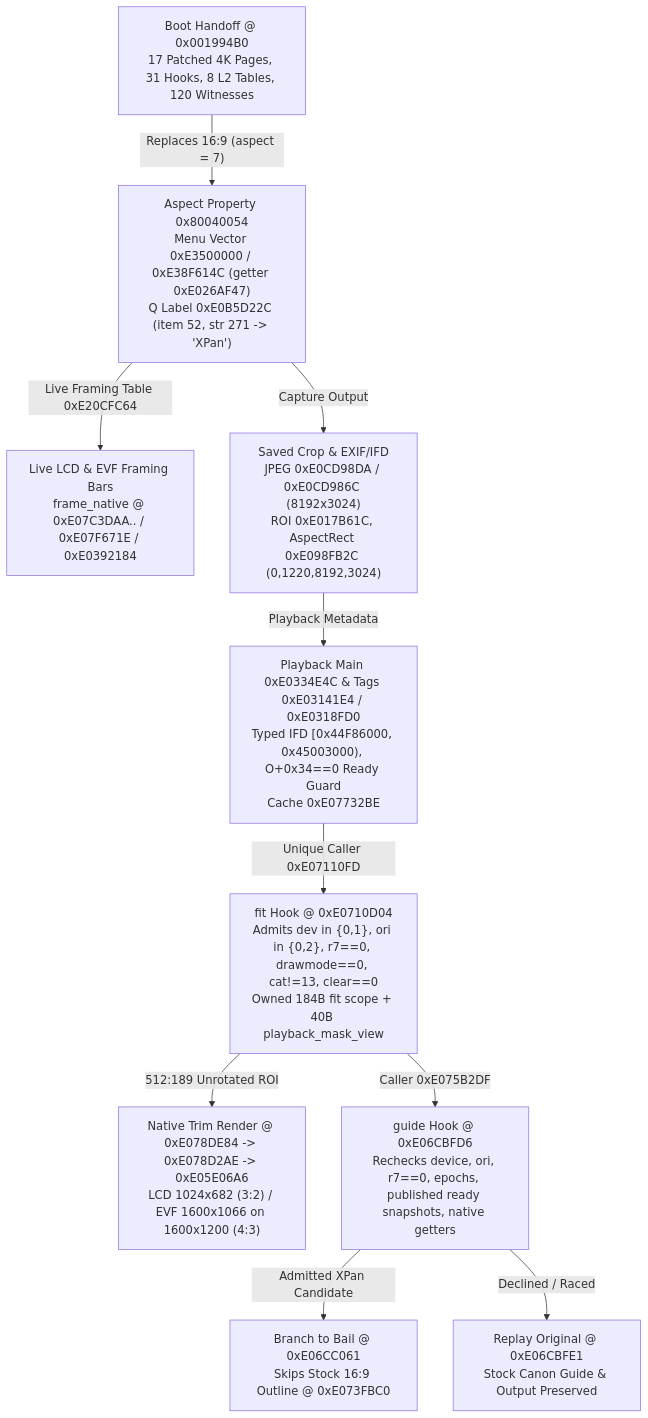
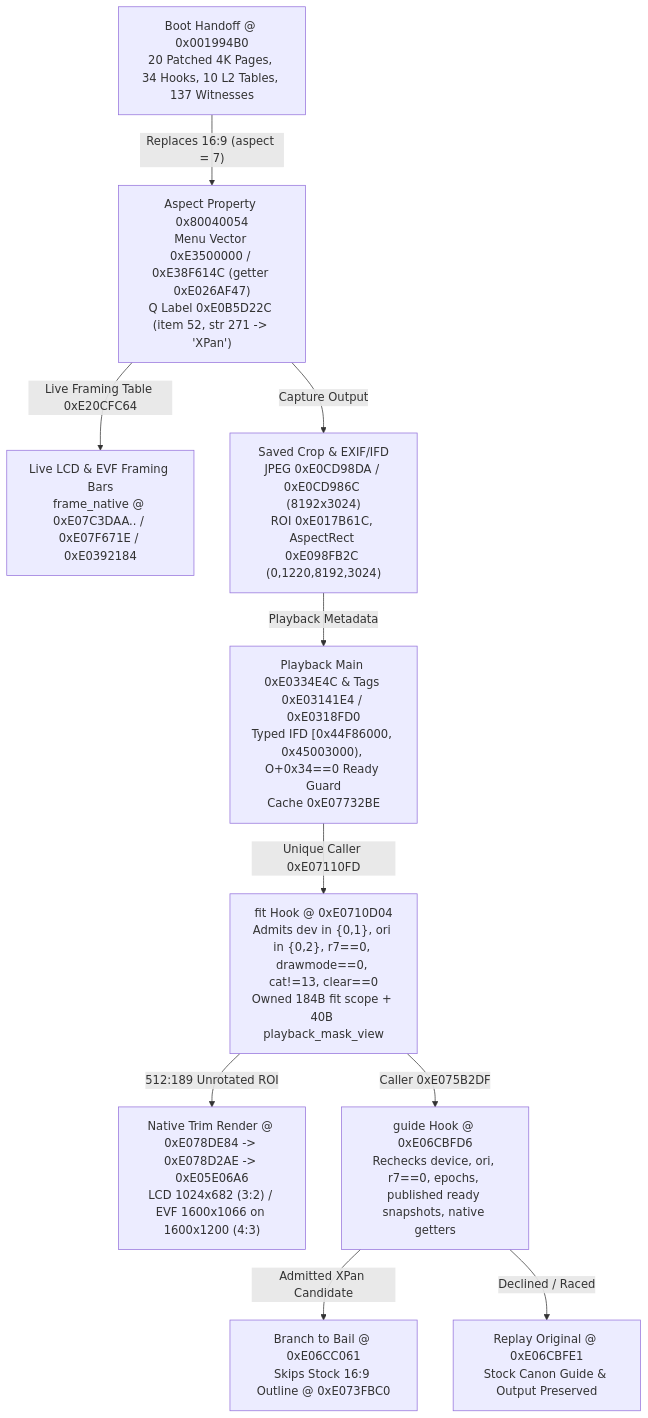
Before and after one commit to WhiteAvocad0/canon-r5-mod: the first of 3 diagrams in docs/xpan.md, drawn with Mermaid. The commit also changed other lines of this file and 26 other files, not shown here.

````diff
--- a/docs/xpan.md
+++ b/docs/xpan.md
@@ -30,12 +31,12 @@
 ```mermaid
 flowchart TD
-    Boot["Boot Handoff @ 0x001994B0<br/>17 Patched 4K Pages, 31 Hooks, 8 L2 Tables, 120 Witnesses"] -->|"Replaces 16:9 (aspect = 7)"| Prop["Aspect Property 0x80040054<br/>Menu Vector 0xE3500000 / 0xE38F614C (getter 0xE026AF47)<br/>Q Label 0xE0B5D22C (item 52, str 271 -> 'XPan')"]
+    Boot["Boot Handoff @ 0x001994B0<br/>20 Patched 4K Pages, 34 Hooks, 10 L2 Tables, 137 Witnesses"] -->|"Replaces 16:9 (aspect = 7)"| Prop["Aspect Property 0x80040054<br/>Menu Vector 0xE3500000 / 0xE38F614C (getter 0xE026AF47)<br/>Q Label 0xE0B5D22C (item 52, str 271 -> 'XPan')"]
     Prop -->|"Live Framing Table 0xE20CFC64"| Live["Live LCD & EVF Framing Bars<br/>frame_native @ 0xE07C3DAA.. / 0xE07F671E / 0xE0392184"]
     Prop -->|"Capture Output"| Saved["Saved Crop & EXIF/IFD<br/>JPEG 0xE0CD98DA / 0xE0CD986C (8192x3024)<br/>ROI 0xE017B61C, AspectRect 0xE098FB2C (0,1220,8192,3024)"]
     Saved -->|"Playback Metadata"| Main["Playback Main 0xE0334E4C & Tags 0xE03141E4 / 0xE0318FD0<br/>Typed IFD [0x44F86000, 0x45003000), O+0x34==0 Ready Guard<br/>Cache 0xE07732BE"]
     Main -->|"Unique Caller 0xE07110FD"| Fit["fit Hook @ 0xE0710D04<br/>Admits dev in {0,1}, ori in {0,2}, r7==0, drawmode==0, cat!=13, clear==0<br/>Owned 184B fit scope + 40B playback_mask_view"]
     Fit -->|"512:189 Unrotated ROI"| Trim["Native Trim Render @ 0xE078DE84 -> 0xE078D2AE -> 0xE05E06A6<br/>LCD 1024x682 (3:2) / EVF 1600x1066 on 1600x1200 (4:3)"]
     Fit -->|"Caller 0xE075B2DF"| Guide["guide Hook @ 0xE06CBFD6<br/>Rechecks device, ori, r7==0, epochs, published ready snapshots, native getters"]
     Guide -->|"Admitted XPan Candidate"| Bail["Branch to Bail @ 0xE06CC061<br/>Skips Stock 16:9 Outline @ 0xE073FBC0"]
     Guide -->|"Declined / Raced"| Stock["Replay Original @ 0xE06CBFE1<br/>Stock Canon Guide & Output Preserved"]
 ```
````
